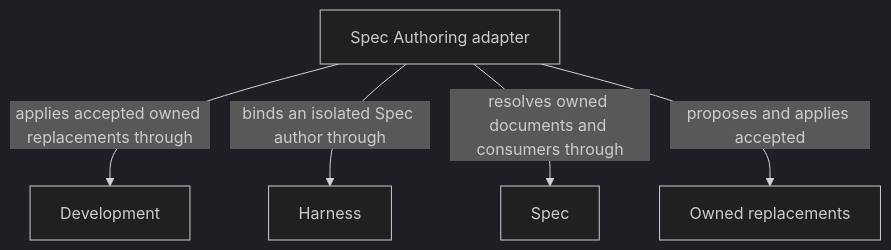
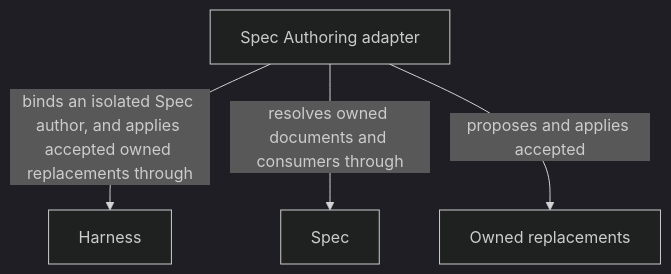
Before and after one commit to FTOD/concorde: the diagram in specs/concorde/spec-authoring/module.md, drawn with Mermaid (dark theme). The commit also changed other lines of this file and 82 other files, not shown here.

````diff
--- a/specs/concorde/spec-authoring/module.md
+++ b/specs/concorde/spec-authoring/module.md
@@ -77,14 +77,12 @@
 ```mermaid
 flowchart TB
     accTitle: Spec Authoring entities and dependencies
     accDescr: Spec Authoring resolves owned documents and consumers through Spec, runs an isolated author through Harness and applies accepted replacements only through the host.
     e0["Spec Authoring adapter"]
-    e1["Development"]
     e2["Harness"]
     e3["Spec"]
-    e0 -->|applies accepted owned replacements through| e1
-    e0 -->|binds an isolated Spec author through| e2
+    e0 -->|binds an isolated Spec author, and applies accepted owned replacements through| e2
     e0 -->|resolves owned documents and consumers through| e3
     domain_replacements["Owned replacements"]
     e0 -->|proposes and applies accepted| domain_replacements
 ```
````
